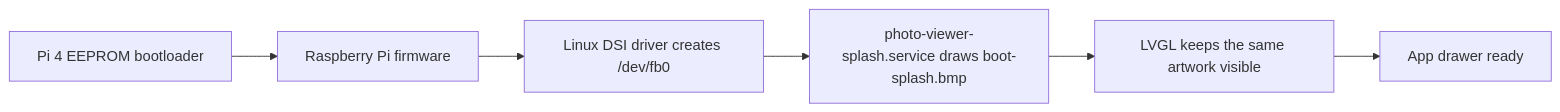
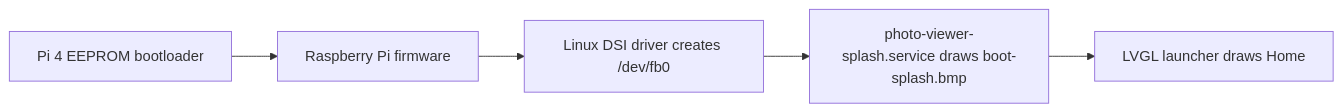
Before and after one commit to Vedant-Git-Hub/RPI4_LVGL_DEMO_YOCTO: the third of 3 diagrams in DIRECTORY_STRUCTURE.md, drawn with Mermaid. The commit also changed 3 other files, not shown here.

````diff
--- a/DIRECTORY_STRUCTURE.md
+++ b/DIRECTORY_STRUCTURE.md
@@ -153,8 +153,7 @@
 ```mermaid
 flowchart LR
     A["Pi 4 EEPROM bootloader"] --> B["Raspberry Pi firmware"]
     B --> C["Linux DSI driver creates /dev/fb0"]
     C --> D["photo-viewer-splash.service draws boot-splash.bmp"]
-    D --> E["LVGL keeps the same artwork visible"]
-    E --> F["App drawer ready"]
+    D --> E["LVGL launcher draws Home"]
 ```
````
